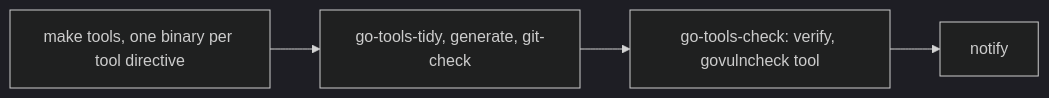
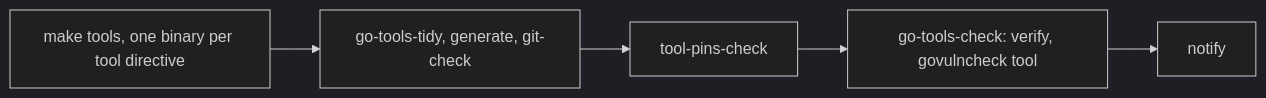
Before and after one commit to octomation/maintainer: the fifth of 10 diagrams in .github/workflows/README.md, drawn with Mermaid (dark theme). The commit also changed other lines of this file and 14 other files, not shown here.

Commit message:
ci/cd: align the tooling with indexit: bin/activate, build versions, tool-pins-check, the GoReleaser check, release.mjs usage and the installer, issue #175

````diff
--- a/.github/workflows/README.md
+++ b/.github/workflows/README.md
@@ -183,4 +184,4 @@
 ```mermaid
 flowchart LR
-  install[make tools, one binary per tool directive] --> tidy[go-tools-tidy, generate, git-check] --> check[go-tools-check: verify, govulncheck tool] --> notify[notify]
+  install[make tools, one binary per tool directive] --> tidy[go-tools-tidy, generate, git-check] --> pins[tool-pins-check] --> check[go-tools-check: verify, govulncheck tool] --> notify[notify]
 ```
````
